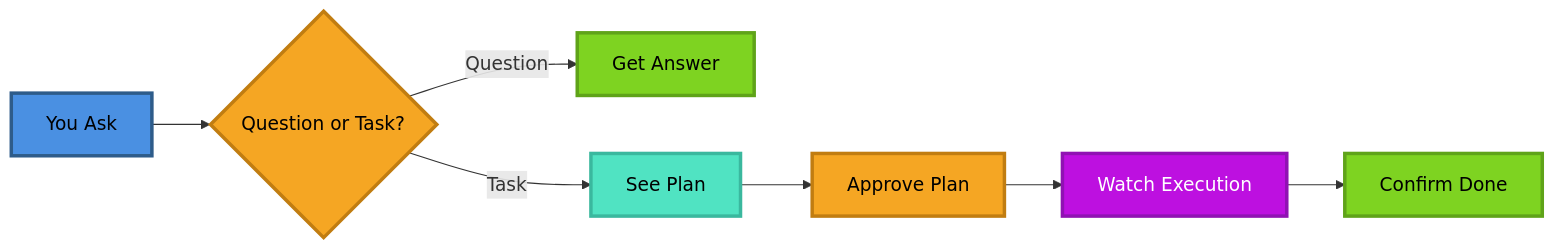
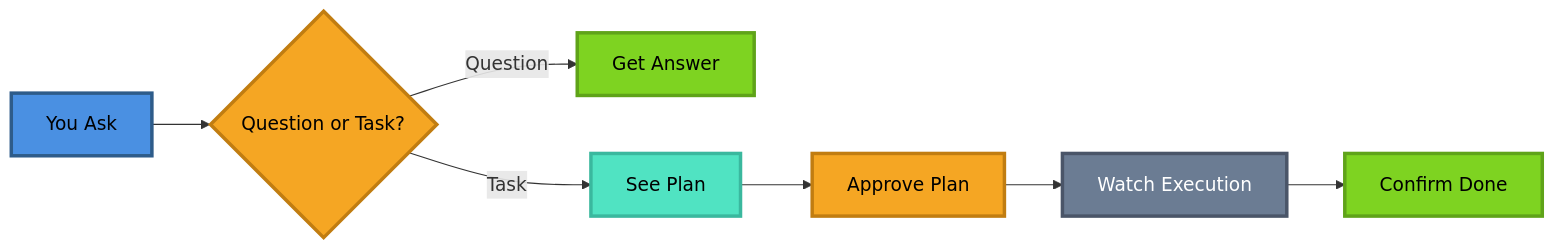
The first of 17 diagrams in docs/agents/openagent.md (shahboura/agents-copilot), drawn with Mermaid before and after one commit. The commit also changed other lines of this file and 25 other files, not shown here.

````diff
--- a/docs/agents/openagent.md
+++ b/docs/agents/openagent.md
@@ -46,17 +46,17 @@
 ```mermaid
 graph LR
     A[You Ask] --> B{Question or Task?}
     B -->|Question| C[Get Answer]
     B -->|Task| D[See Plan]
     D --> E[Approve Plan]
     E --> F[Watch Execution]
     F --> G[Confirm Done]
     
     style A fill:#4A90E2,stroke:#2E5C8A,stroke-width:3px,color:#000
     style B fill:#F5A623,stroke:#C17D11,stroke-width:3px,color:#000
     style C fill:#7ED321,stroke:#5FA319,stroke-width:3px,color:#000
     style D fill:#50E3C2,stroke:#3AB89E,stroke-width:3px,color:#000
     style E fill:#F5A623,stroke:#C17D11,stroke-width:3px,color:#000
-    style F fill:#BD10E0,stroke:#9012B3,stroke-width:3px,color:#fff
+    style F fill:#6B7C93,stroke:#4A5568,stroke-width:3px,color:#fff
     style G fill:#7ED321,stroke:#5FA319,stroke-width:3px,color:#000
 ```
````
